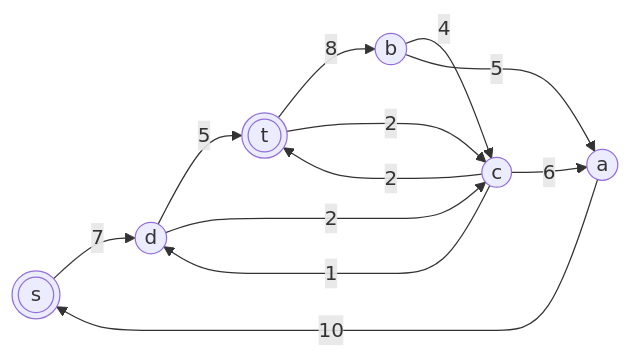
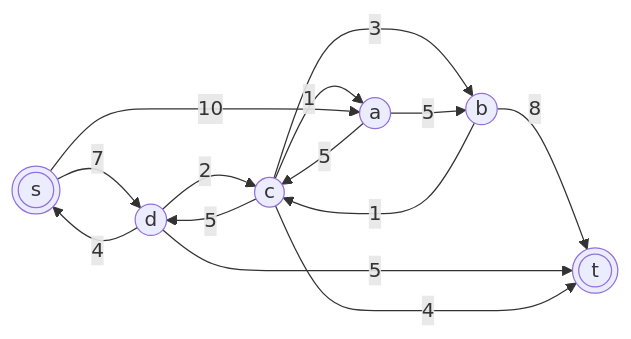
One commit to hse-algo-psapr-25/manual-tasks changed diagram 19 of 21 in Задание 16/Rehash.md. Above: the diagram before and after it, drawn with Mermaid. The commit also changed other lines of this file, not shown here.

````diff
--- a/Задание 16/Rehash.md
+++ b/Задание 16/Rehash.md
@@ -157,21 +480,23 @@
 ```mermaid
 graph LR
     s(((s)))
     a((a))
     b((b))
     c((c))
     d((d))
     t(((t)))
 
-    b -->|4| c
-    b -->|5| a
+    b -->|1| c
+    b -->|8| t
     d -->|5| t
-    c -->|1| d
+    d -->|4| s
     d -->|2| c
-    c -->|6| a
+    c -->|5| d
+    c -->|1| a
+    c -->|3| b
+    c -->|4| t
     s -->|7| d
-    a -->|10| s
-    t -->|8| b
-    t -->|2| c
-    c -->|2| t
+    s -->|10| a
+    a -->|5| b
+    a -->|5| c
 ```
````
